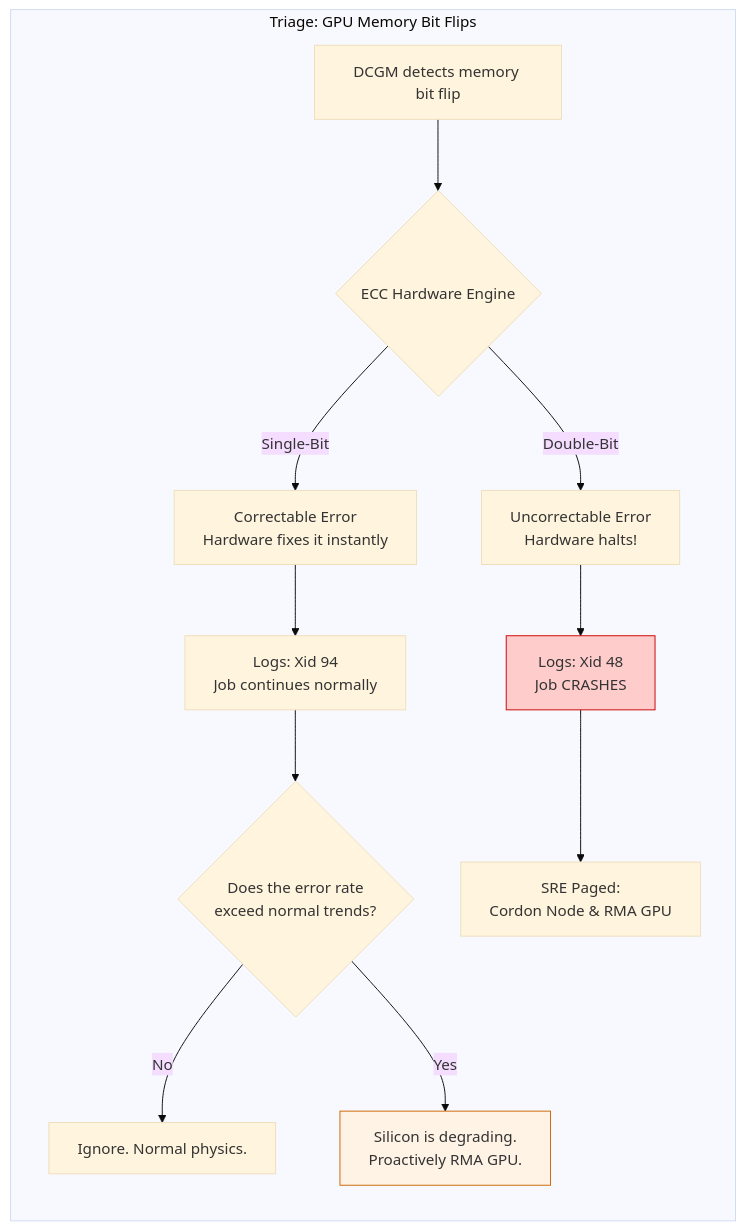
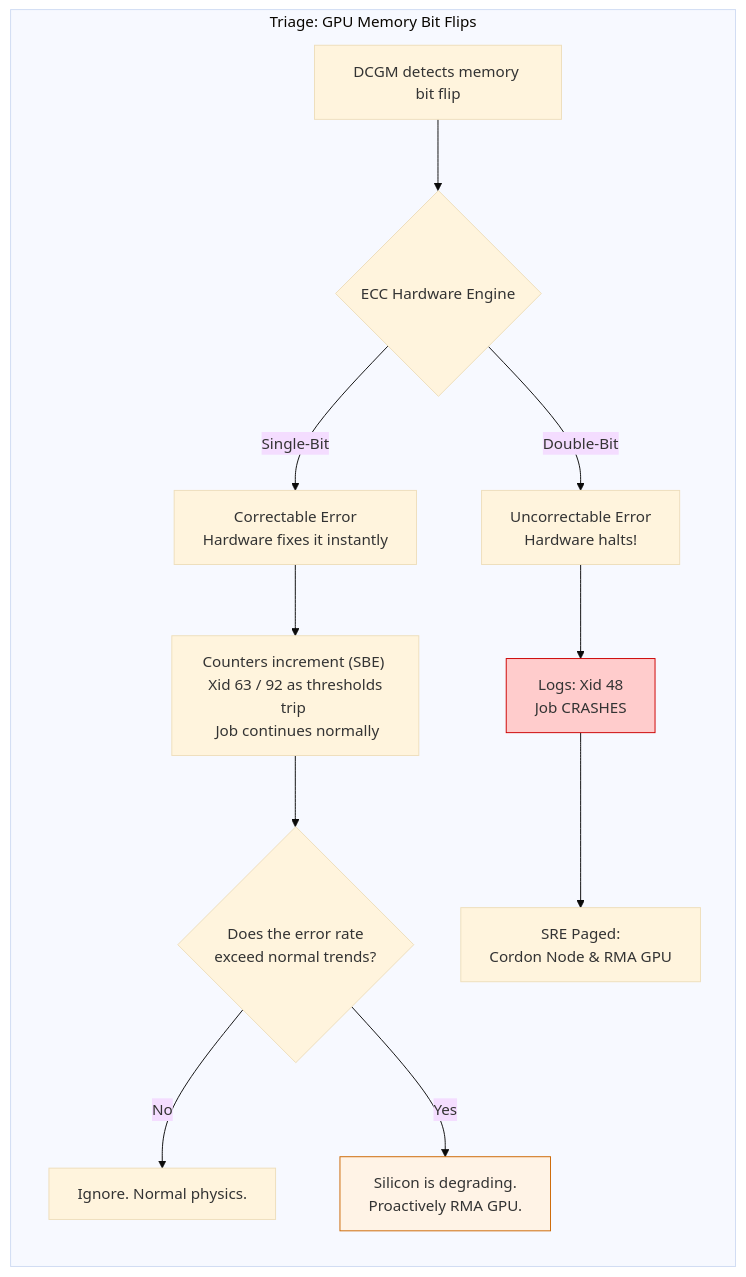
One commit to jithinpnjm/nvidia-devops changed the second of 2 diagrams in docs/nvidia-zero-to-hero/volume-20/chapter-05-ecc-errors-and-memory-bit-flips.md. Above: the diagram before and after it, drawn with Mermaid (base theme). The commit also changed other lines of this file and 289 other files, not shown here.

````diff
--- a/docs/nvidia-zero-to-hero/volume-20/chapter-05-ecc-errors-and-memory-bit-flips.md
+++ b/docs/nvidia-zero-to-hero/volume-20/chapter-05-ecc-errors-and-memory-bit-flips.md
@@ -326,23 +325,23 @@
 ```mermaid
 flowchart TD
     subgraph ECC_Memory_Triage["Triage: GPU Memory Bit Flips"]
         direction TB
         
         Event[DCGM detects memory bit flip] --> Hardware{ECC Hardware Engine}
         
         Hardware -->|Single-Bit| Correct[Correctable Error <br/> Hardware fixes it instantly]
         Hardware -->|Double-Bit| Uncorrect[Uncorrectable Error <br/> Hardware halts!]
         
-        Correct --> Log1[Logs: Xid 94 <br/> Job continues normally]
+        Correct --> Log1["Counters increment (SBE) <br/> Xid 63 / 92 as thresholds trip <br/> Job continues normally"]
         Uncorrect --> Log2[Logs: Xid 48 <br/> Job CRASHES]
         
         Log1 --> Alert1{Does the error rate <br/> exceed normal trends?}
         Log2 --> Alert2[SRE Paged: <br/> Cordon Node & RMA GPU]
         
         Alert1 -->|No| Safe[Ignore. Normal physics.]
         Alert1 -->|Yes| Escalate[Silicon is degrading. <br/> Proactively RMA GPU.]
     end
     
     style Log2 fill:#ffcccc,stroke:#cc0000
     style Escalate fill:#fff3e6,stroke:#cc6600
 ```
````
